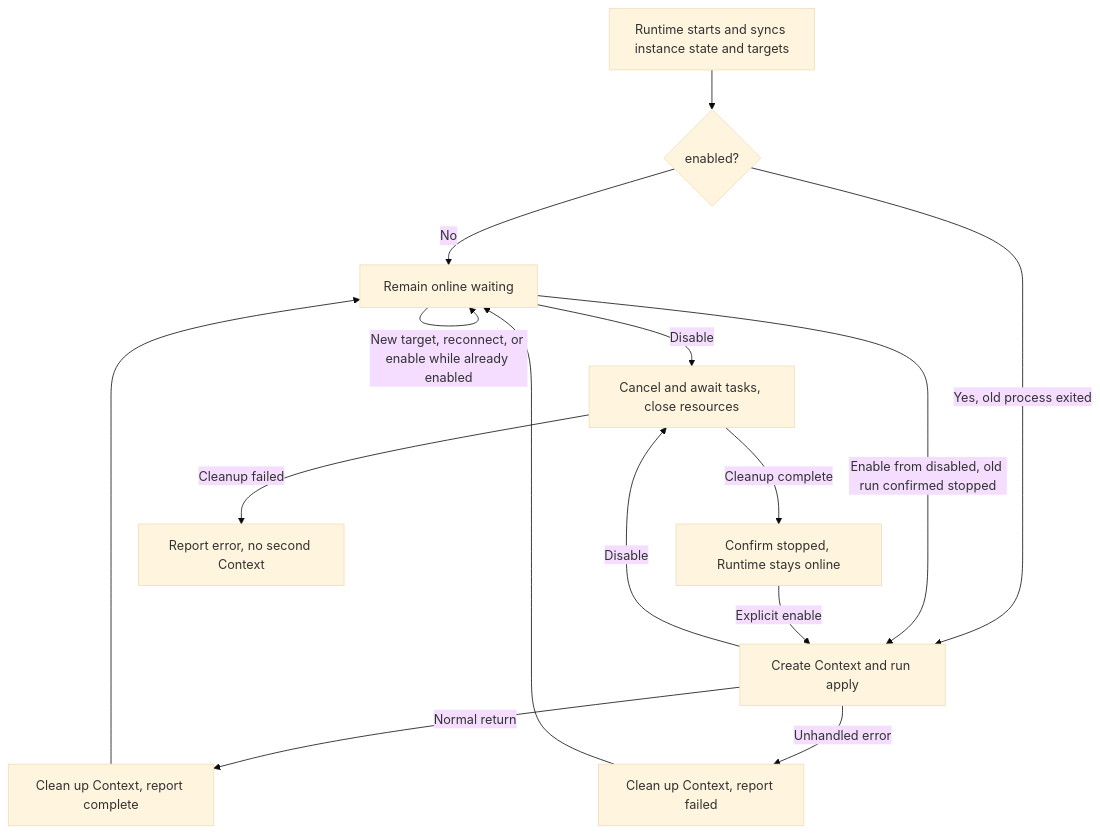
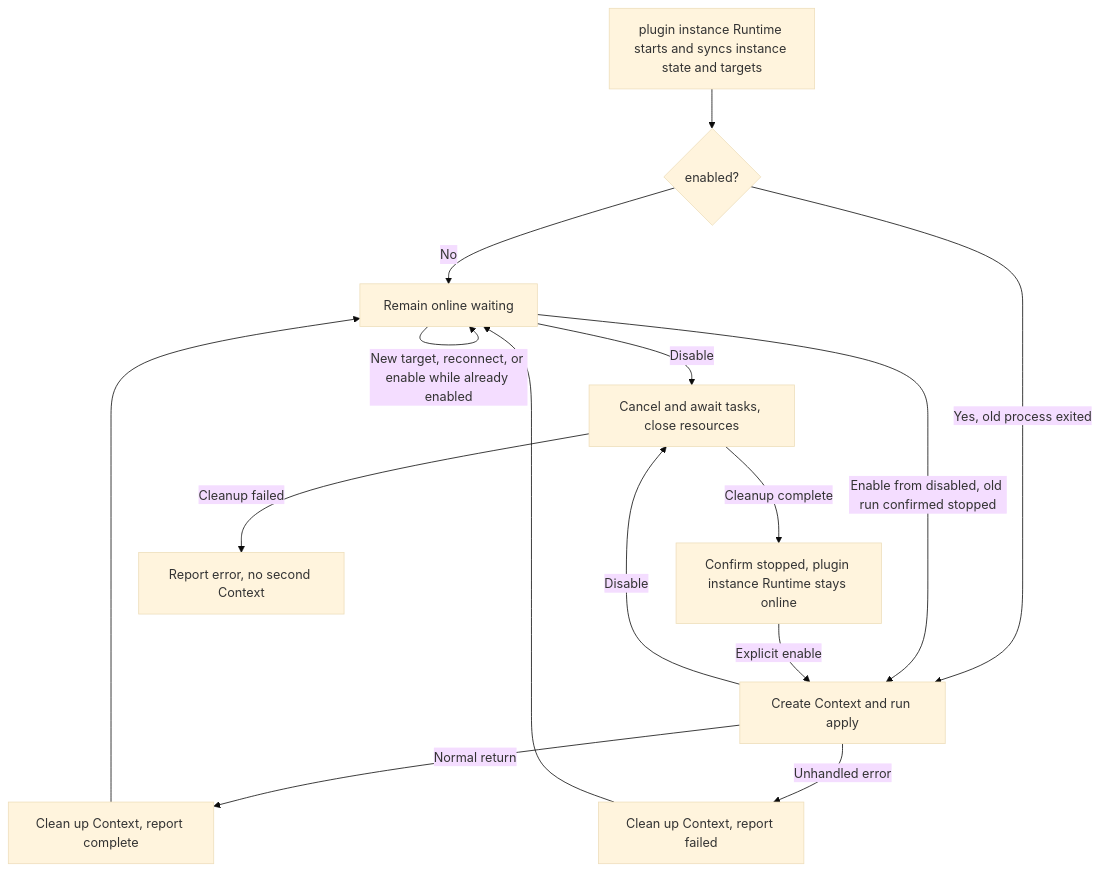
Before and after one commit to 2397819368a-oss/powercontext-2026: the fifth of 5 diagrams in docs/en/rfcs/0000-source-plugin-system.md, drawn with Mermaid (base theme). The commit also changed other lines of this file and 1 other file, not shown here.

Commit message:
docs(rfc): streamline source plugin proposal

````diff
--- a/docs/en/rfcs/0000-source-plugin-system.md
+++ b/docs/en/rfcs/0000-source-plugin-system.md
@@ -654,17 +336,17 @@
 ```mermaid
 flowchart TD
-    S[Runtime starts and syncs instance state and targets] --> E{enabled?}
+    S[plugin instance Runtime starts and syncs instance state and targets] --> E{enabled?}
     E -->|No| I[Remain online waiting]
     E -->|Yes, old process exited| R[Create Context and run apply]
     R -->|Normal return| C[Clean up Context, report complete]
     R -->|Unhandled error| F[Clean up Context, report failed]
     C --> I
     F --> I
     R -->|Disable| D[Cancel and await tasks, close resources]
     I -->|Disable| D
     I -->|Enable from disabled, old run confirmed stopped| R
-    D -->|Cleanup complete| T[Confirm stopped, Runtime stays online]
+    D -->|Cleanup complete| T[Confirm stopped, plugin instance Runtime stays online]
     T -->|Explicit enable| R
     I -->|New target, reconnect, or enable while already enabled| I
     D -->|Cleanup failed| U[Report error, no second Context]
 ```
````
